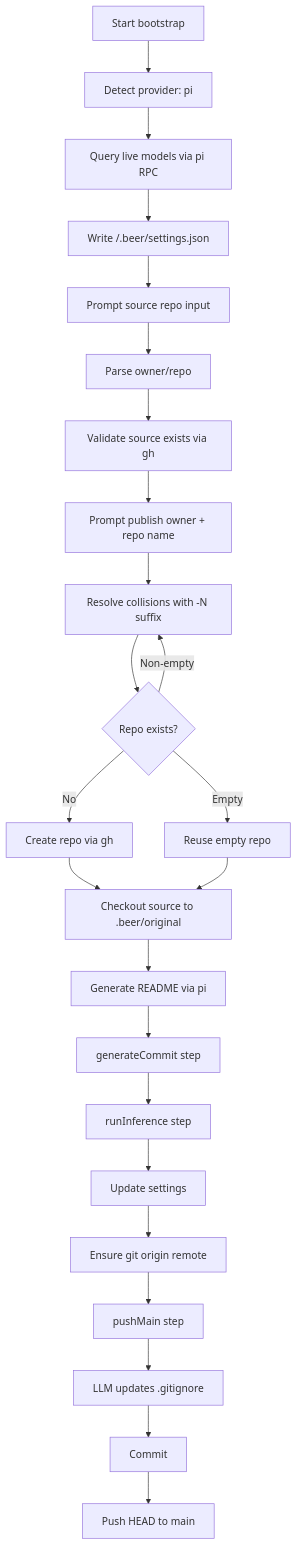
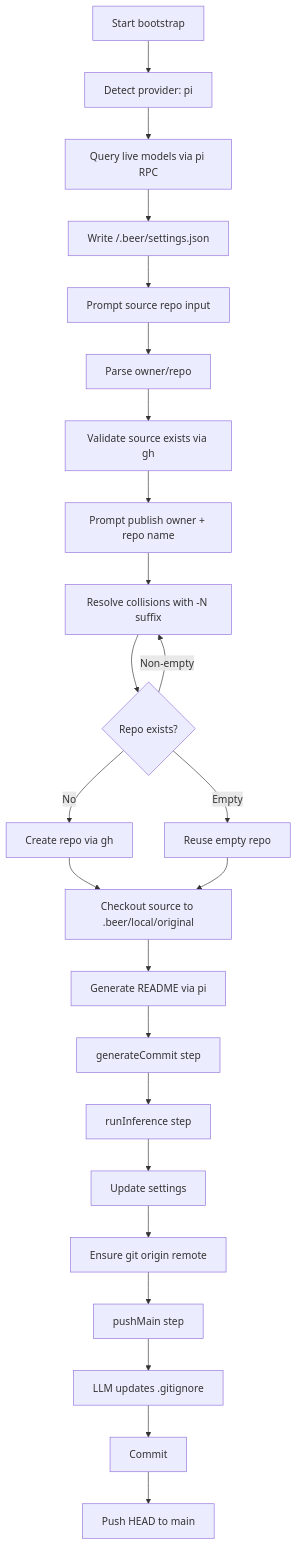
Before and after one commit to ex3ndr/holdmybeer: the diagram in doc/bootstrap-flow.md, drawn with Mermaid. The commit also changed other lines of this file and 18 other files, not shown here.

````diff
--- a/doc/bootstrap-flow.md
+++ b/doc/bootstrap-flow.md
@@ -7,26 +7,26 @@
 ```mermaid
 flowchart TD
   A[Start bootstrap] --> B[Detect provider: pi]
   B --> C[Query live models via pi RPC]
   C --> D[Write <projectPath>/.beer/settings.json]
   D --> E[Prompt source repo input]
   E --> F[Parse owner/repo]
   F --> G[Validate source exists via gh]
   G --> H[Prompt publish owner + repo name]
   H --> I[Resolve collisions with -N suffix]
   I --> J{Repo exists?}
   J -->|No| K[Create repo via gh]
   J -->|Empty| L[Reuse empty repo]
   J -->|Non-empty| I
-  K --> M[Checkout source to .beer/original]
+  K --> M[Checkout source to .beer/local/original]
   L --> M
   M --> N[Generate README via pi]
   N --> O[generateCommit step]
   O --> P[runInference step]
   P --> Q[Update settings]
   Q --> R[Ensure git origin remote]
   R --> S[pushMain step]
   S --> T[LLM updates .gitignore]
   T --> U[Commit]
   U --> V[Push HEAD to main]
 ```
````
